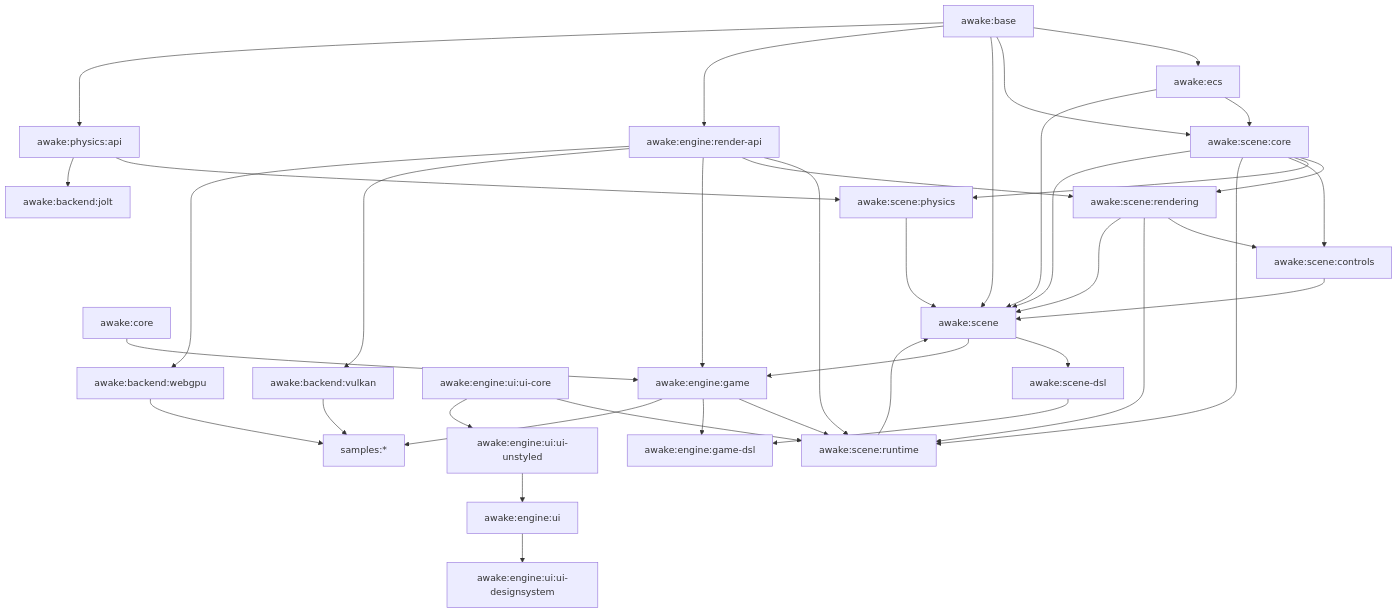
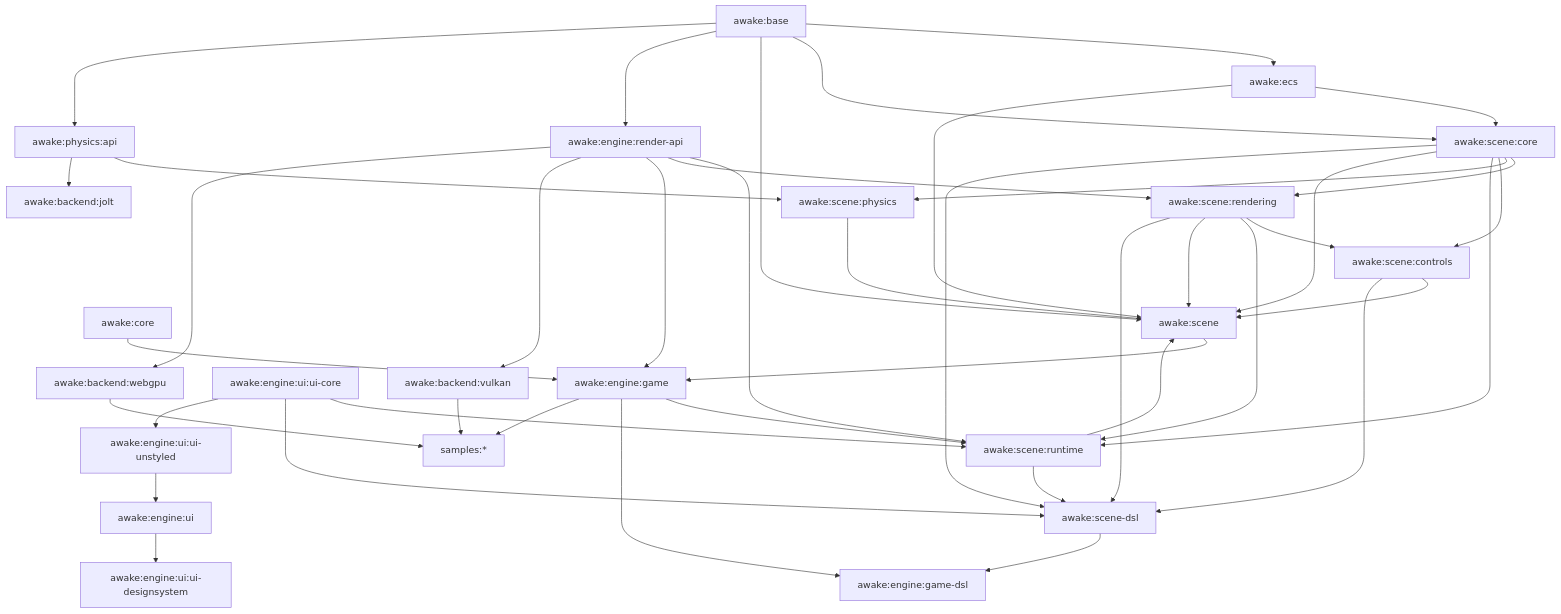
Before and after one commit to awake-lab/awake: the diagram in docs/architecture.md, drawn with Mermaid. The commit also changed other lines of this file and 11 other files, not shown here.

First line of the commit message:
refactor(scene): tighten scene-dsl dependencies (Phase 5, scene module split)

````diff
--- a/docs/architecture.md
+++ b/docs/architecture.md
@@ -18,64 +18,68 @@
 ```mermaid
 flowchart TD
     base["awake:base"]
     core["awake:core"]
     ecs["awake:ecs"]
     scene["awake:scene"]
     sceneCore["awake:scene:core"]
     sceneControls["awake:scene:controls"]
     scenePhysics["awake:scene:physics"]
     sceneRendering["awake:scene:rendering"]
     sceneRuntime["awake:scene:runtime"]
     sceneDsl["awake:scene-dsl"]
     render["awake:engine:render-api"]
     game["awake:engine:game"]
     gameDsl["awake:engine:game-dsl"]
     physicsApi["awake:physics:api"]
     jolt["awake:backend:jolt"]
     uiCore["awake:engine:ui:ui-core"]
     uiWidgets["awake:engine:ui:ui-unstyled"]
     ui["awake:engine:ui"]
     uiDs["awake:engine:ui:ui-designsystem"]
     vulkan["awake:backend:vulkan"]
     webgpu["awake:backend:webgpu"]
     samples["samples:*"]
 
     core --> game
     base --> ecs
     base --> sceneCore
     base --> scene
     base --> render
     base --> physicsApi
     ecs --> sceneCore
     ecs --> scene
     sceneCore --> sceneRendering
     sceneCore --> scenePhysics
     sceneCore --> sceneControls
     sceneRendering --> sceneControls
     sceneCore --> sceneRuntime
     sceneRendering --> sceneRuntime
     render --> sceneRuntime
     game --> sceneRuntime
     uiCore --> sceneRuntime
     render --> sceneRendering
     physicsApi --> scenePhysics
     sceneCore --> scene
     scenePhysics --> scene
     sceneRendering --> scene
     sceneControls --> scene
     sceneRuntime --> scene
-    scene --> sceneDsl
+    sceneCore --> sceneDsl
+    sceneRendering --> sceneDsl
+    sceneControls --> sceneDsl
+    sceneRuntime --> sceneDsl
+    uiCore --> sceneDsl
     render --> game
     scene --> game
     game --> gameDsl
     sceneDsl --> gameDsl
     physicsApi --> jolt
     uiCore --> uiWidgets
     uiWidgets --> ui
     ui --> uiDs
     game --> samples
     render --> vulkan
     render --> webgpu
     vulkan --> samples
     webgpu --> samples
 ```
````
